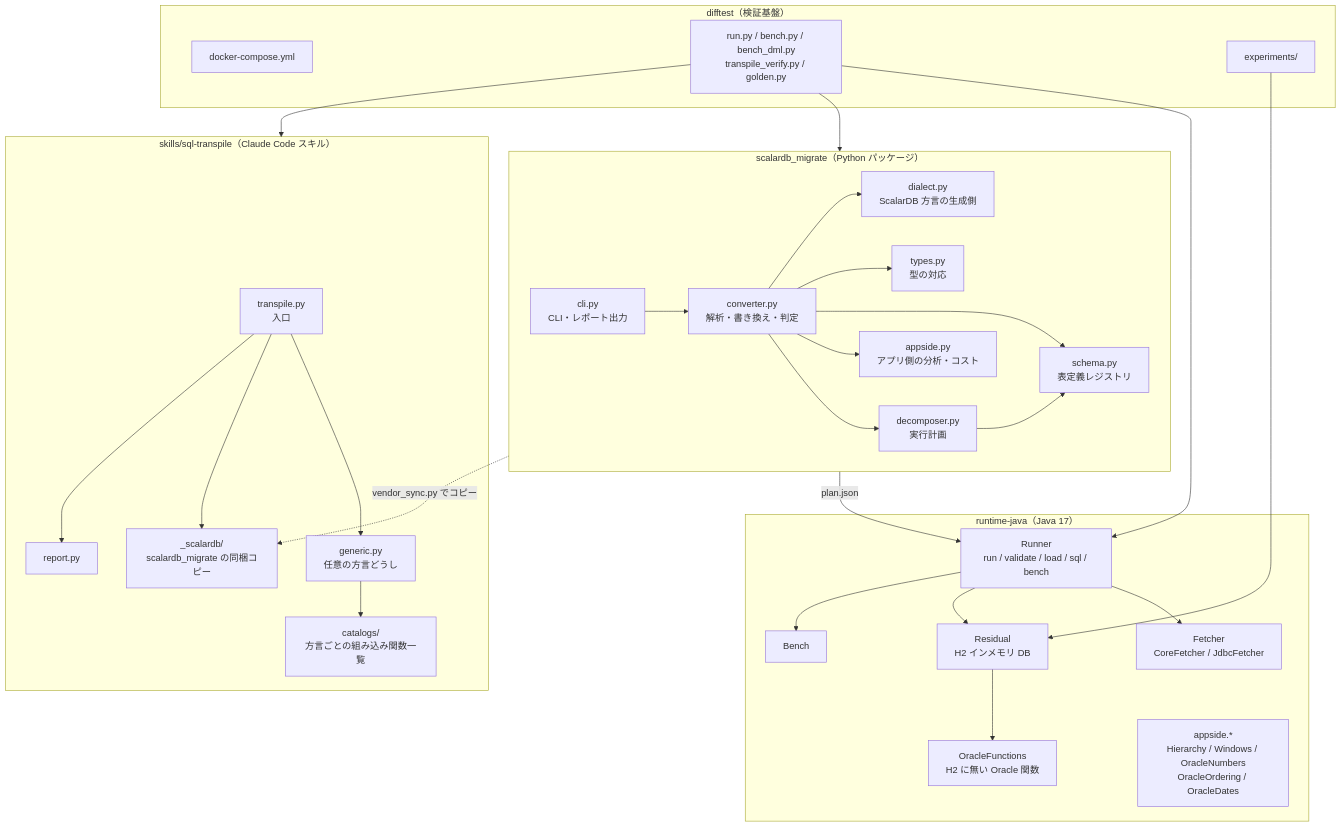
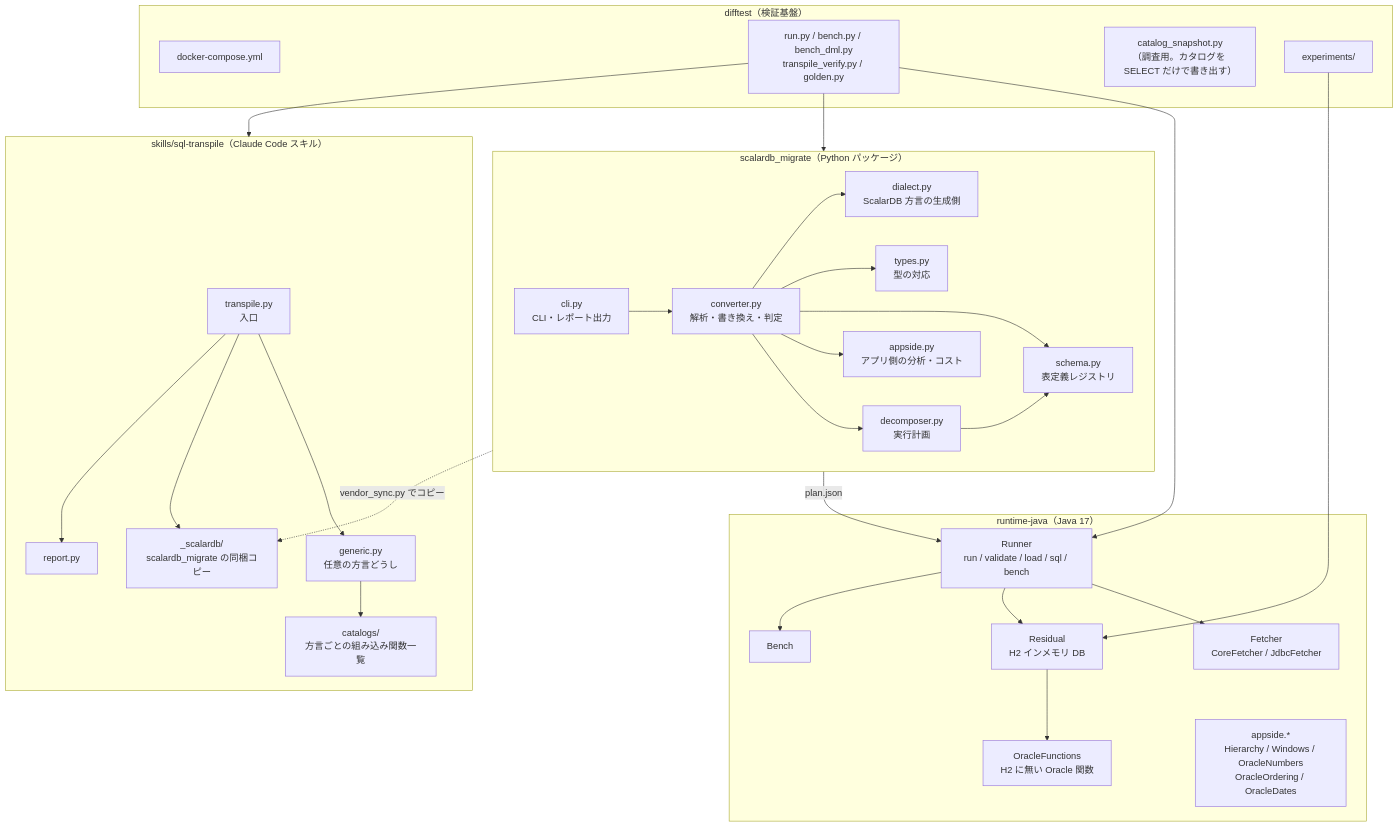
The third of 25 diagrams in docs/design/architecture.md (wfukatsu/sql-migration), drawn with Mermaid before and after one commit. The commit also changed other lines of this file and 5 other files, not shown here.

````diff
--- a/docs/design/architecture.md
+++ b/docs/design/architecture.md
@@ -102,57 +103,58 @@
 ```mermaid
 flowchart TB
     subgraph PY["scalardb_migrate（Python パッケージ）"]
         CLI["cli.py<br/>CLI・レポート出力"]
         CONV["converter.py<br/>解析・書き換え・判定"]
         DIA["dialect.py<br/>ScalarDB 方言の生成側"]
         TYP["types.py<br/>型の対応"]
         SCM["schema.py<br/>表定義レジストリ"]
         DEC["decomposer.py<br/>実行計画"]
         APS["appside.py<br/>アプリ側の分析・コスト"]
         CLI --> CONV
         CONV --> DIA
         CONV --> TYP
         CONV --> SCM
         CONV --> DEC
         CONV --> APS
         DEC --> SCM
     end
 
     subgraph SK["skills/sql-transpile（Claude Code スキル）"]
         TR["transpile.py<br/>入口"]
         GEN["generic.py<br/>任意の方言どうし"]
         RP["report.py"]
         VEN["_scalardb/<br/>scalardb_migrate の同梱コピー"]
         CAT["catalogs/<br/>方言ごとの組み込み関数一覧"]
         TR --> GEN
         TR --> VEN
         TR --> RP
         GEN --> CAT
     end
 
     subgraph JV["runtime-java（Java 17）"]
         RUN["Runner<br/>run / validate / load / sql / bench"]
         FET["Fetcher<br/>CoreFetcher / JdbcFetcher"]
         RES["Residual<br/>H2 インメモリ DB"]
         BEN["Bench"]
         ORF["OracleFunctions<br/>H2 に無い Oracle 関数"]
         HLP["appside.*<br/>Hierarchy / Windows / OracleNumbers<br/>OracleOrdering / OracleDates"]
         RUN --> FET
         RUN --> RES
         RUN --> BEN
         RES --> ORF
     end
 
     subgraph DT["difftest（検証基盤）"]
         DC["docker-compose.yml"]
         HAR["run.py / bench.py / bench_dml.py<br/>transpile_verify.py / golden.py"]
+        SNAP["catalog_snapshot.py<br/>（調査用。カタログを SELECT だけで書き出す）"]
         EXP["experiments/"]
     end
 
     PY -. "vendor_sync.py でコピー" .-> VEN
     PY -- "plan.json" --> RUN
     HAR --> PY
     HAR --> SK
     HAR --> RUN
     EXP --> RES
 ```
````
